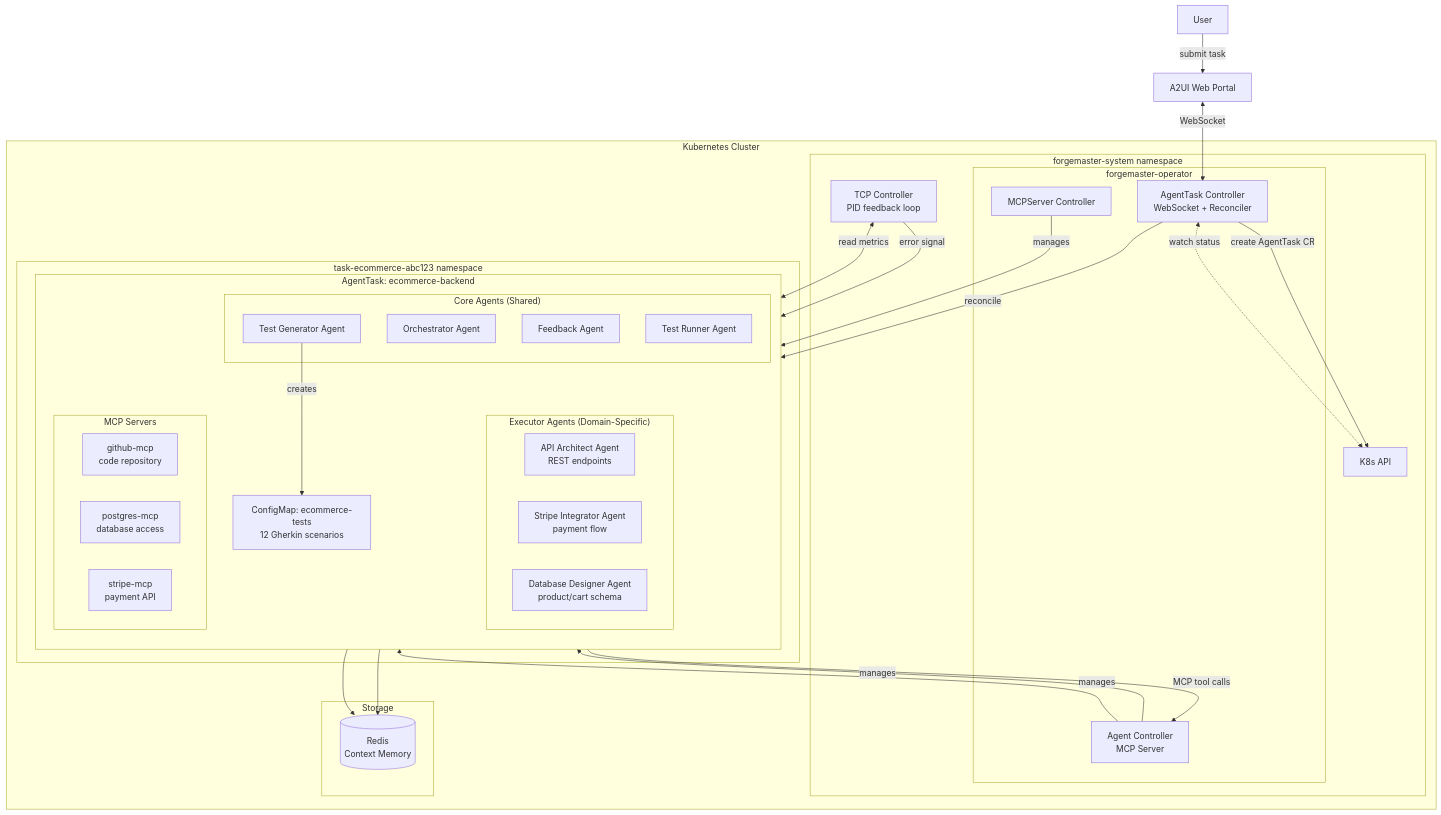
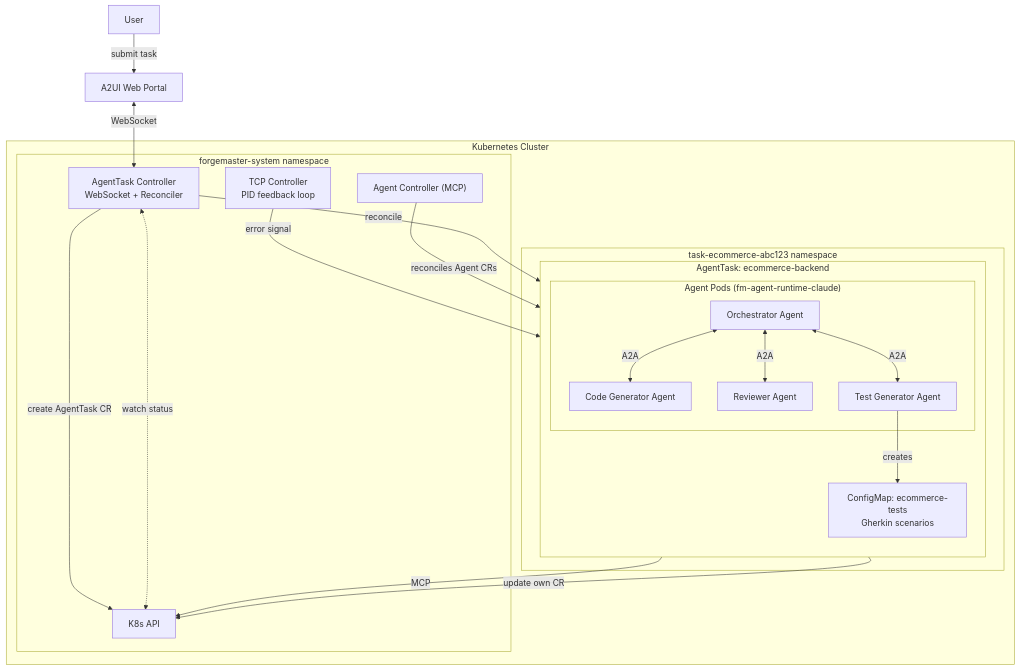
Before and after one commit to dshcherbatiuk/forgemaster: the second of 3 diagrams in docs/arch/05-k8s-deployment.md, drawn with Mermaid. The commit also changed other lines of this file and 1 other file, not shown here.

First line of the commit message:
fix: Update arch docs to match current architecture

````diff
--- a/docs/arch/05-k8s-deployment.md
+++ b/docs/arch/05-k8s-deployment.md
@@ -323,60 +89,41 @@
 ```mermaid
 flowchart TB
     U[User]
     WEB[A2UI Web Portal]
 
     subgraph Cluster["Kubernetes Cluster"]
         subgraph ControlPlane["forgemaster-system namespace"]
             API[K8s API]
             TCPC[TCP Controller<br/>PID feedback loop]
-            subgraph Operator["forgemaster-operator"]
-                ATC[AgentTask Controller<br/>WebSocket + Reconciler]
-                AGC[Agent Controller<br/>MCP Server]
-                MCPC[MCPServer Controller]
-            end
+            ATC[AgentTask Controller<br/>WebSocket + Reconciler]
+            AGC["Agent Controller (MCP)"]
         end
 
         subgraph TaskNS["task-ecommerce-abc123 namespace"]
             subgraph Task1["AgentTask: ecommerce-backend"]
                 direction TB
-                subgraph CoreAgents["Core Agents (Shared)"]
+                subgraph Agents["Agent Pods (fm-agent-runtime-claude)"]
+                    OA[Orchestrator Agent]
                     TGA[Test Generator Agent]
-                    OA[Orchestrator Agent]
-                    FBA[Feedback Agent]
-                    TRA[Test Runner Agent]
+                    AG1[Code Generator Agent]
+                    AG2[Reviewer Agent]
                 end
-                subgraph ExecutorAgents["Executor Agents (Domain-Specific)"]
-                    AG1[API Architect Agent<br/>REST endpoints]
-                    AG2[Stripe Integrator Agent<br/>payment flow]
-                    AG3[Database Designer Agent<br/>product/cart schema]
-                end
-                subgraph MCPServers["MCP Servers"]
-                    MCP1[github-mcp<br/>code repository]
-                    MCP2[postgres-mcp<br/>database access]
-                    MCP3[stripe-mcp<br/>payment API]
-                end
-                CM1["ConfigMap: ecommerce-tests<br/>12 Gherkin scenarios"]
+                CM1["ConfigMap: ecommerce-tests<br/>Gherkin scenarios"]
             end
-        end
-
-        subgraph Storage["Storage"]
-            Redis[(Redis<br/>Context Memory)]
         end
     end
 
     U -->|"submit task"| WEB
     WEB <-->|"WebSocket"| ATC
     ATC -->|"create AgentTask CR"| API
     ATC <-.->|"watch status"| API
 
     TCPC -->|"error signal"| OA
-    TCPC <-->|"read metrics"| FBA
-    OA -->|"MCP tool calls"| AGC
+    AGC -->|"reconciles Agent CRs"| Agents
 
     ATC -->|"reconcile"| Task1
-    AGC -->|"manages"| CoreAgents & ExecutorAgents
-    MCPC -->|"manages"| MCPServers
+    OA <-->|"A2A"| AG1 & AG2 & TGA
+    Agents -->|"MCP"| API
+    Agents -->|"update own CR"| API
     TGA -->|"creates"| CM1
-
-    CoreAgents & ExecutorAgents --> Redis
 ```
````
